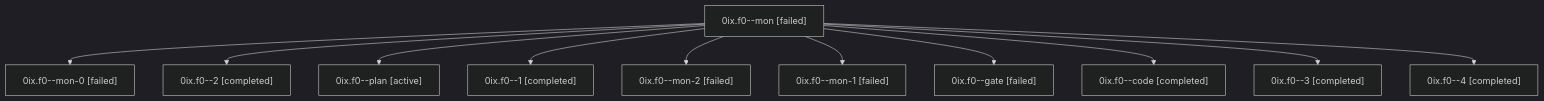
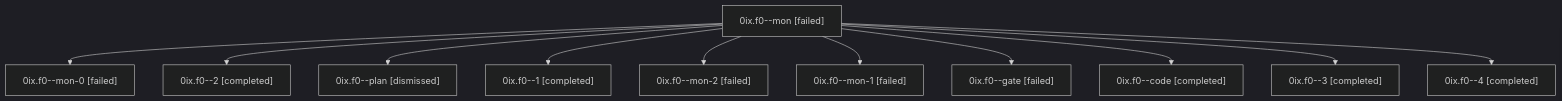
One commit to sase-org/sase--agents changed the diagram in sessions/bbugyi200.athena.0ix.f0.md. Above: the diagram before and after it, drawn with Mermaid (dark theme). The commit also changed other lines of this file and 43 other files, not shown here.

````diff
--- a/sessions/bbugyi200.athena.0ix.f0.md
+++ b/sessions/bbugyi200.athena.0ix.f0.md
@@ -9,24 +9,24 @@
 ```mermaid
 flowchart TD
   n0["0ix.f0--mon [failed]"]
   n1["0ix.f0--mon-0 [failed]"]
   n0 --> n1
   n2["0ix.f0--2 [completed]"]
   n0 --> n2
-  n3["0ix.f0--plan [active]"]
+  n3["0ix.f0--plan [dismissed]"]
   n0 --> n3
   n4["0ix.f0--1 [completed]"]
   n0 --> n4
   n5["0ix.f0--mon-2 [failed]"]
   n0 --> n5
   n6["0ix.f0--mon-1 [failed]"]
   n0 --> n6
   n7["0ix.f0--gate [failed]"]
   n0 --> n7
   n8["0ix.f0--code [completed]"]
   n0 --> n8
   n9["0ix.f0--3 [completed]"]
   n0 --> n9
   n10["0ix.f0--4 [completed]"]
   n0 --> n10
 ```
````
